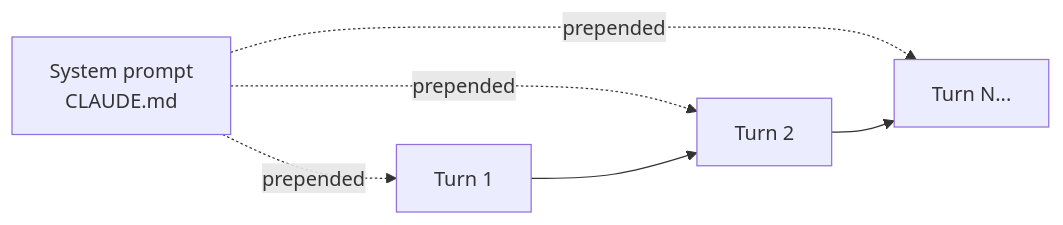
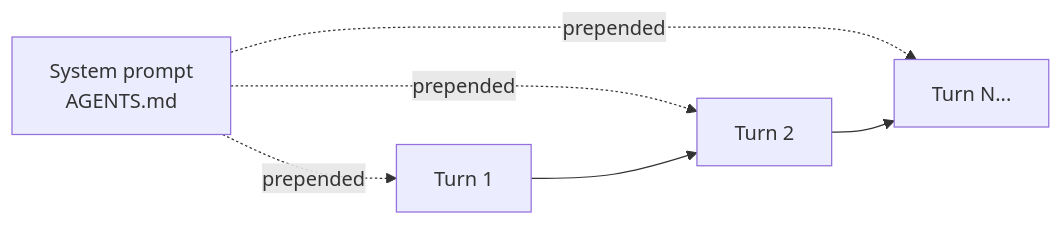
Before and after one commit to kingler/agentic-harness-engineering: the first of 15 diagrams in harness-templates/ANATOMY.md, drawn with Mermaid. The commit also changed other lines of this file and 13 other files, not shown here.

````diff
--- a/harness-templates/ANATOMY.md
+++ b/harness-templates/ANATOMY.md
@@ -18,7 +18,7 @@
 ```mermaid
 flowchart LR
-    SP[System prompt<br/>CLAUDE.md] -.->|prepended| T1[Turn 1]
+    SP[System prompt<br/>AGENTS.md] -.->|prepended| T1[Turn 1]
     SP -.->|prepended| T2[Turn 2]
     SP -.->|prepended| Tn[Turn N...]
     T1 --> T2 --> Tn
 ```
````
